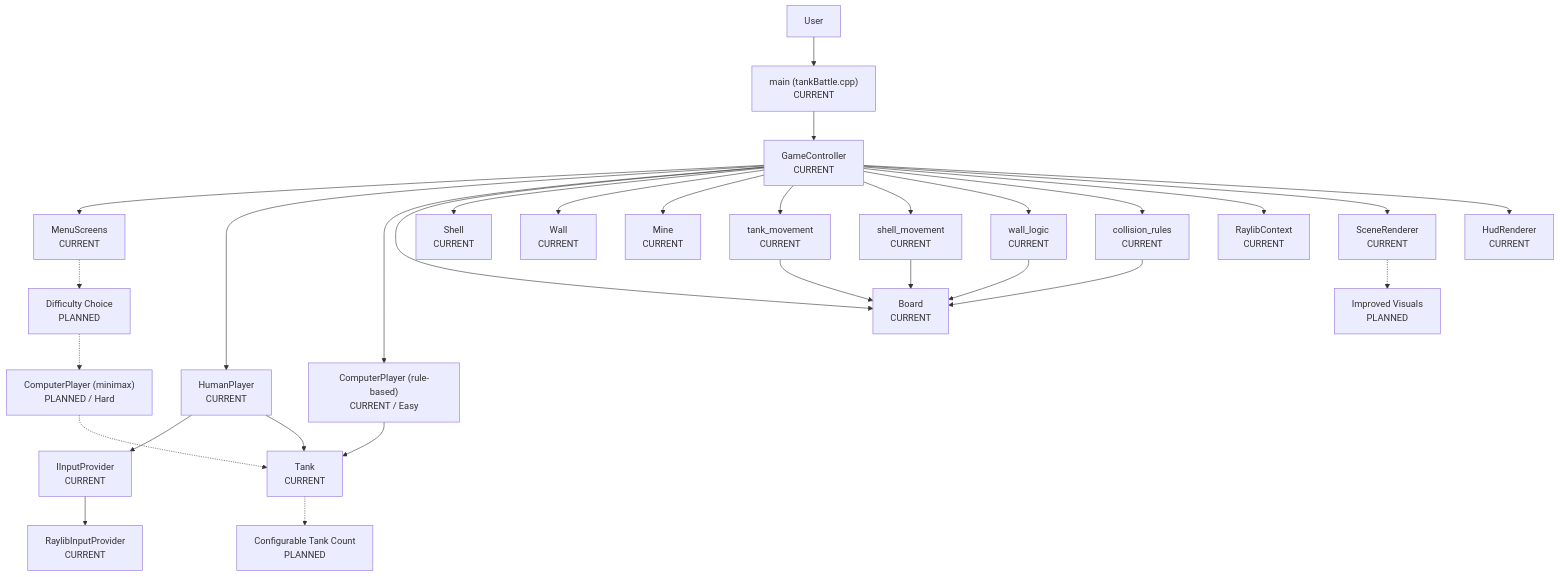
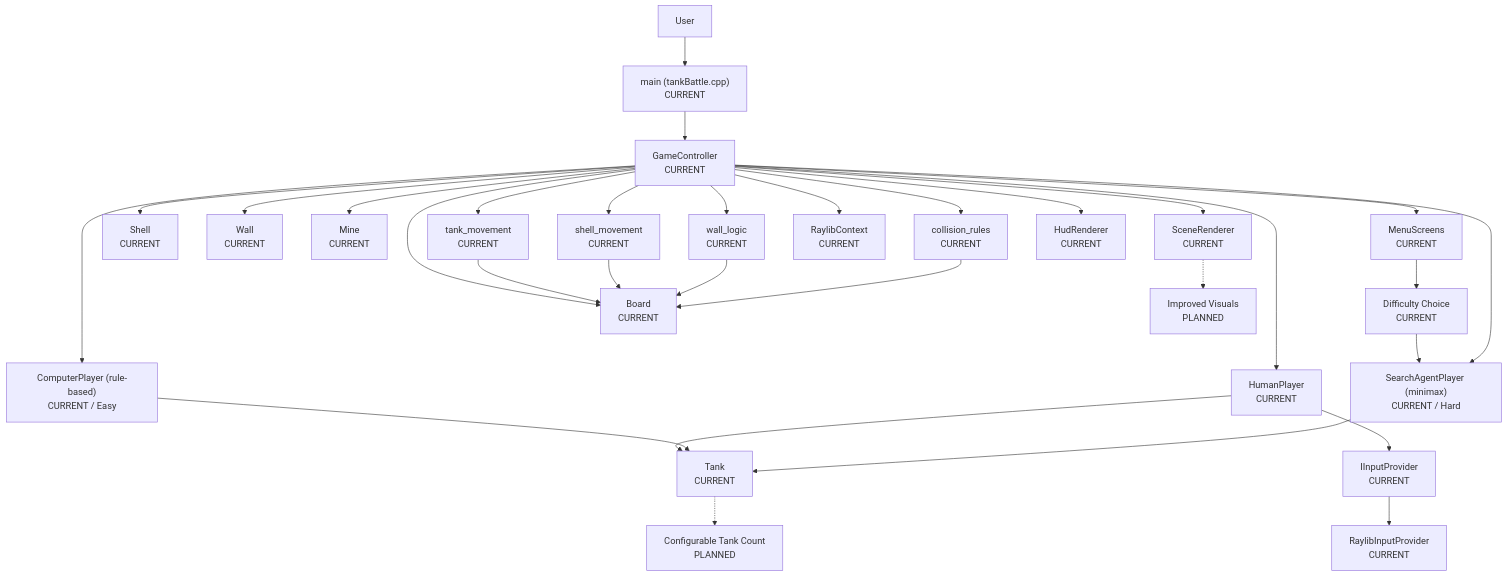
The diagram in README.md (TalGershanov/tank_battle), drawn with Mermaid before and after one commit. The commit also changed other lines of this file, not shown here.

````diff
--- a/README.md
+++ b/README.md
@@ -43,71 +54,72 @@
 ```mermaid
 flowchart TD
     User["User"]
 
     Main["main (tankBattle.cpp)<br/>CURRENT"]
     GameController["GameController<br/>CURRENT"]
 
     MenuScreens["MenuScreens<br/>CURRENT"]
-    DifficultyChoice["Difficulty Choice<br/>PLANNED"]
+    DifficultyChoice["Difficulty Choice<br/>CURRENT"]
 
     HumanPlayer["HumanPlayer<br/>CURRENT"]
     ComputerPlayerEasy["ComputerPlayer (rule-based)<br/>CURRENT / Easy"]
-    ComputerPlayerHard["ComputerPlayer (minimax)<br/>PLANNED / Hard"]
+    SearchAgentPlayerHard["SearchAgentPlayer (minimax)<br/>CURRENT / Hard"]
 
     Board["Board<br/>CURRENT"]
     Tank["Tank<br/>CURRENT"]
     Shell["Shell<br/>CURRENT"]
     Wall["Wall<br/>CURRENT"]
     Mine["Mine<br/>CURRENT"]
 
     TankMovement["tank_movement<br/>CURRENT"]
     ShellMovement["shell_movement<br/>CURRENT"]
     WallLogic["wall_logic<br/>CURRENT"]
     CollisionRules["collision_rules<br/>CURRENT"]
     InputProvider["IInputProvider<br/>CURRENT"]
 
     RaylibContext["RaylibContext<br/>CURRENT"]
     RaylibInput["RaylibInputProvider<br/>CURRENT"]
     SceneRenderer["SceneRenderer<br/>CURRENT"]
     HudRenderer["HudRenderer<br/>CURRENT"]
     ImprovedVisuals["Improved Visuals<br/>PLANNED"]
     TankCount["Configurable Tank Count<br/>PLANNED"]
 
     User --> Main
     Main --> GameController
 
     GameController --> MenuScreens
-    MenuScreens -.-> DifficultyChoice
-    DifficultyChoice -.-> ComputerPlayerHard
+    MenuScreens --> DifficultyChoice
+    DifficultyChoice --> SearchAgentPlayerHard
 
     GameController --> HumanPlayer
     GameController --> ComputerPlayerEasy
+    GameController --> SearchAgentPlayerHard
 
     HumanPlayer --> InputProvider
     InputProvider --> RaylibInput
 
     HumanPlayer --> Tank
     ComputerPlayerEasy --> Tank
-    ComputerPlayerHard -.-> Tank
+    SearchAgentPlayerHard --> Tank
     Tank -.-> TankCount
 
     GameController --> Board
     GameController --> Shell
     GameController --> Wall
     GameController --> Mine
 
     GameController --> TankMovement
     GameController --> ShellMovement
     GameController --> WallLogic
     GameController --> CollisionRules
 
     TankMovement --> Board
     ShellMovement --> Board
     WallLogic --> Board
     CollisionRules --> Board
 
     GameController --> RaylibContext
     GameController --> SceneRenderer
     GameController --> HudRenderer
     SceneRenderer -.-> ImprovedVisuals
 ```
````
